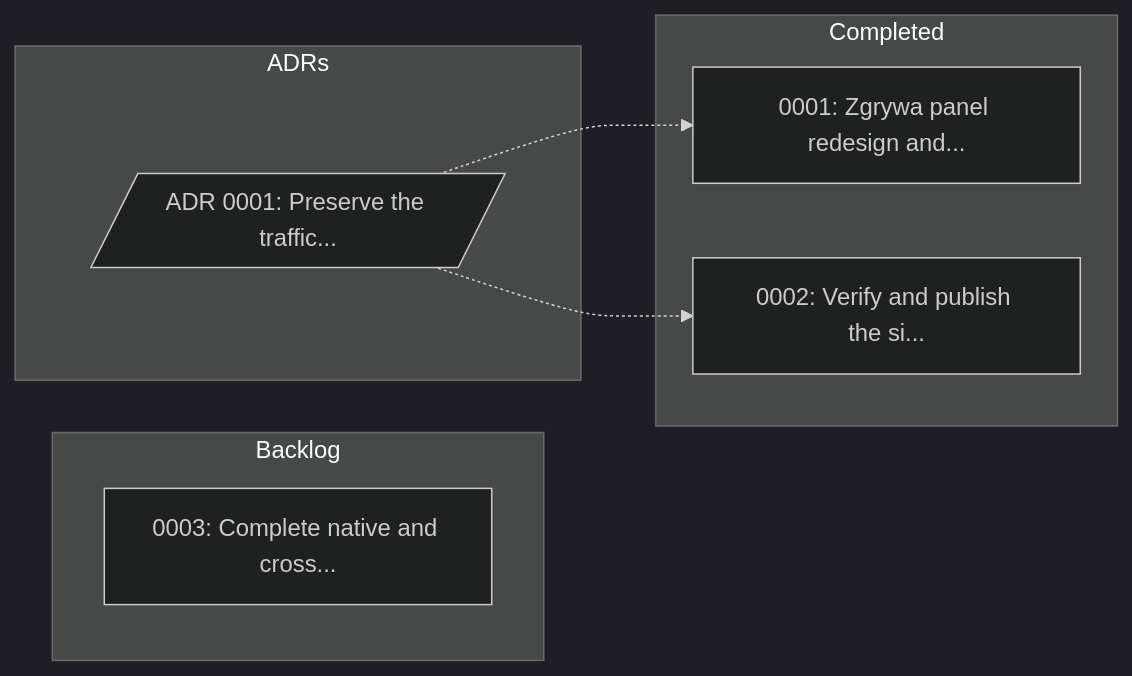
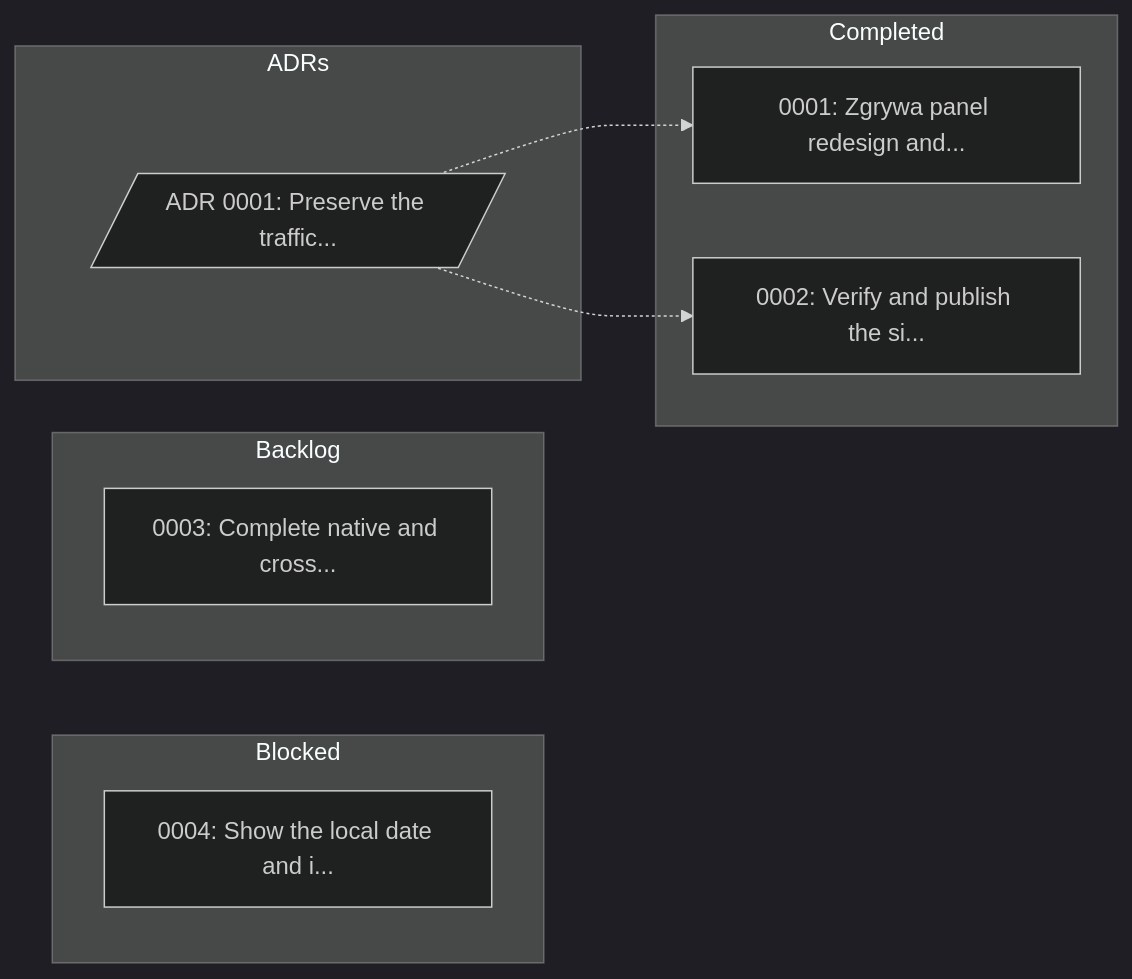
One commit to jakiesluchawki/SZLAUCH changed the diagram in lore/README.md. Above: the diagram before and after it, drawn with Mermaid (dark theme). The commit also changed other lines of this file and 8 other files, not shown here.

Commit message:
feat(lore-0004): show local date beside weather

````diff
--- a/lore/README.md
+++ b/lore/README.md
@@ -16,17 +22,20 @@
 ```mermaid
 flowchart LR
     subgraph Completed
         T0001["0001: Zgrywa panel redesign and..."]
         T0002["0002: Verify and publish the si..."]
+    end
+    subgraph Blocked
+        T0004["0004: Show the local date and i..."]
     end
     subgraph Backlog
         T0003["0003: Complete native and cross..."]
     end
     subgraph ADRs
         ADR0001[/"ADR 0001: Preserve the traffic..."/]
     end
 
 
     ADR0001 -.-> T0001
     ADR0001 -.-> T0002
 ```
````
